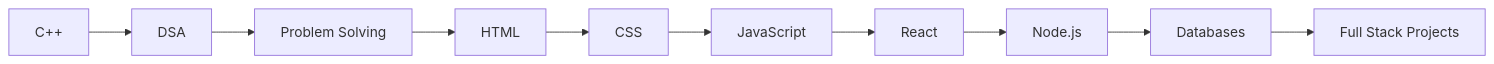
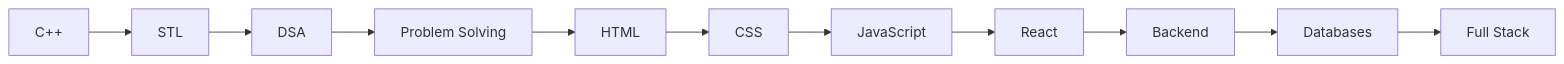
The diagram in README.md (Ayush-apt/Ayush-apt), drawn with Mermaid before and after one commit. The commit also changed other lines of this file, not shown here.

````diff
--- a/README.md
+++ b/README.md
@@ -43,12 +43,13 @@
 ```mermaid
 flowchart LR
-A[C++]-->B[DSA]
-B-->C[Problem Solving]
-C-->D[HTML]
-D-->E[CSS]
-E-->F[JavaScript]
-F-->G[React]
-G-->H[Node.js]
-H-->I[Databases]
-I-->J[Full Stack Projects]
+A[C++]-->B[STL]
+B-->C[DSA]
+C-->D[Problem Solving]
+D-->E[HTML]
+E-->F[CSS]
+F-->G[JavaScript]
+G-->H[React]
+H-->I[Backend]
+I-->J[Databases]
+J-->K[Full Stack]
 ```
````
